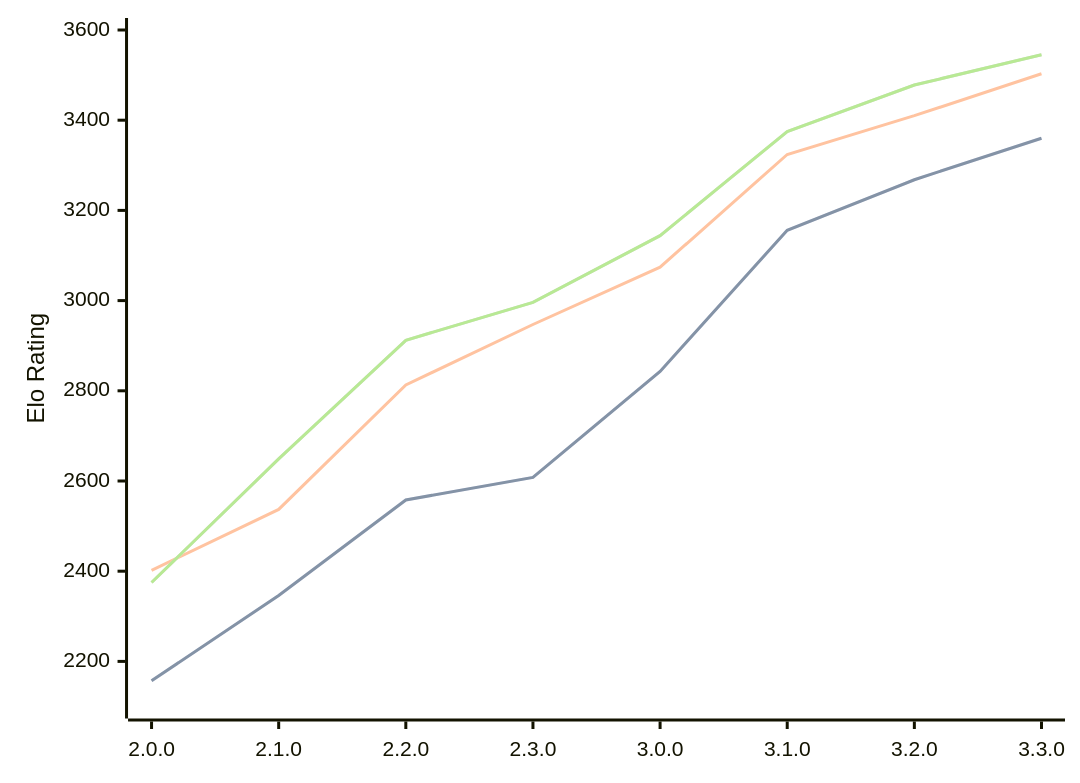
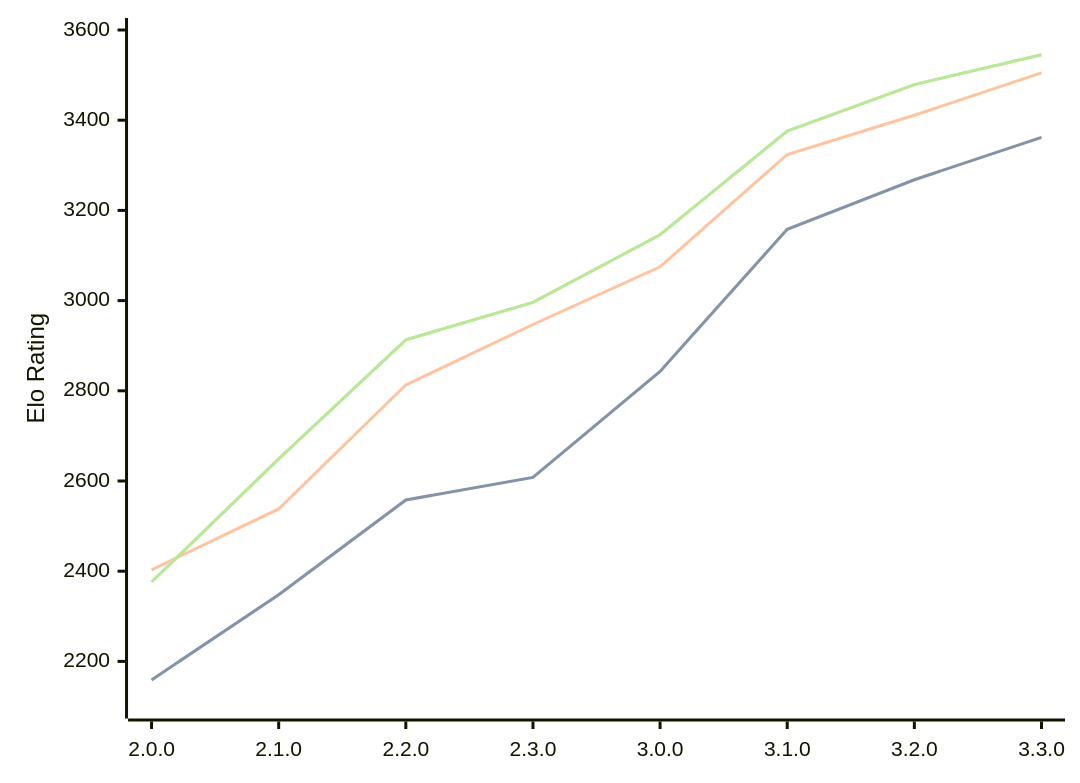
Before and after one commit to computer-chess-index/cci: the diagram in engines/Raphael.md, drawn with Mermaid. The commit also changed other lines of this file, not shown here.

Commit message:
Update CCI Ratings (ELO VLTC) - 2026-04-19

````diff
--- a/engines/Raphael.md
+++ b/engines/Raphael.md
@@ -50,11 +50,11 @@
 ```mermaid
 %%{init: {"theme":"base","themeVariables":{"seriesColors:['#a3a3a3','#222221','#faa371']}}}%%
 xychart-beta
   x-axis ["2.0.0", "2.1.0", "2.2.0", "2.3.0", "3.0.0", "3.1.0", "3.2.0", "3.3.0"]
   y-axis "Elo Rating" 2100 --> 3600
-  line "STC (8.0+0.08s)" [2157, 2346, 2558, 2608, 2843, 3156, 3268, 3360]
-  line "STC (8.0+0.08s)" [2157, 2346, 2558, 2608, 2843, 3156, 3268, 3360]
-  line "LTC (60.0+0.60s)" [2402, 2537, 2813, 2947, 3074, 3324, 3410, 3503]
-  line "VLTC (2m24s+1.12s)" [2375, 2649, 2912, 2996, 3144, 3375, 3478, 3545]
-  line "VLTC (2m24s+1.12s)" [2375, 2649, 2912, 2996, 3144, 3375, 3478, 3545]
+  line "STC (8.0+0.08s)" [2159, 2348, 2558, 2608, 2843, 3158, 3268, 3362]
+  line "STC (8.0+0.08s)" [2159, 2348, 2558, 2608, 2843, 3158, 3268, 3362]
+  line "LTC (60.0+0.60s)" [2403, 2538, 2813, 2947, 3075, 3324, 3411, 3505]
+  line "VLTC (2m24s+1.12s)" [2376, 2649, 2913, 2996, 3146, 3376, 3479, 3545]
+  line "VLTC (2m24s+1.12s)" [2376, 2649, 2913, 2996, 3146, 3376, 3479, 3545]
 ```
````
